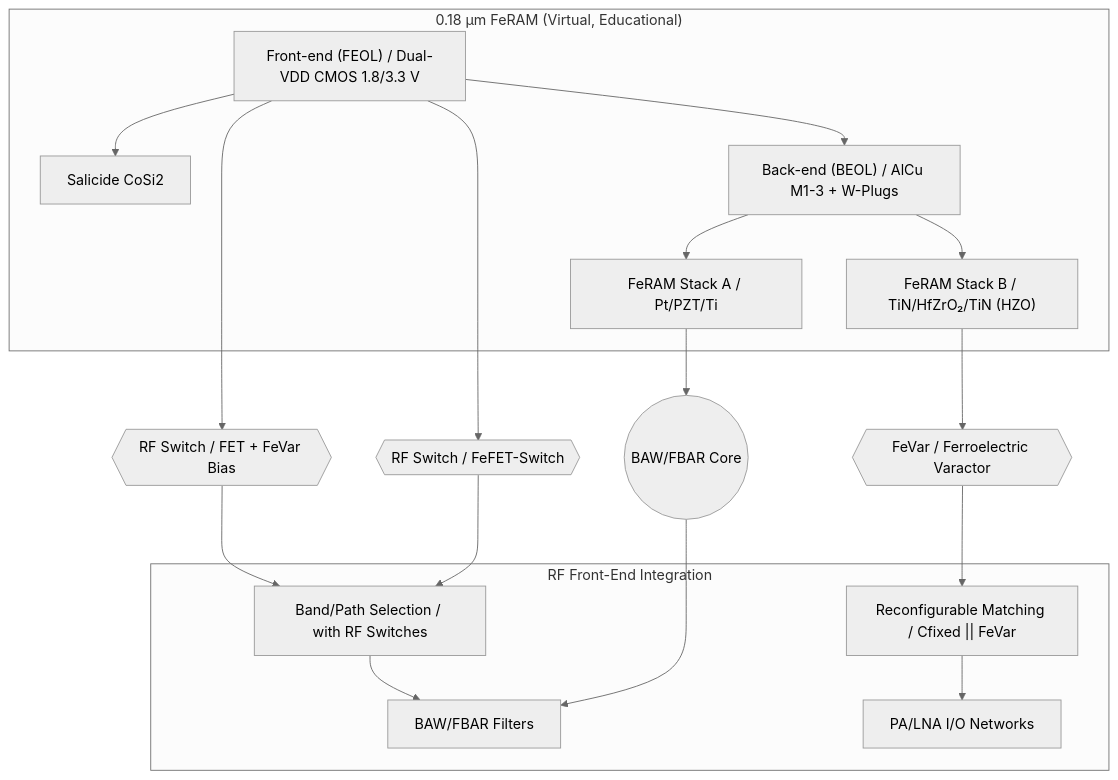
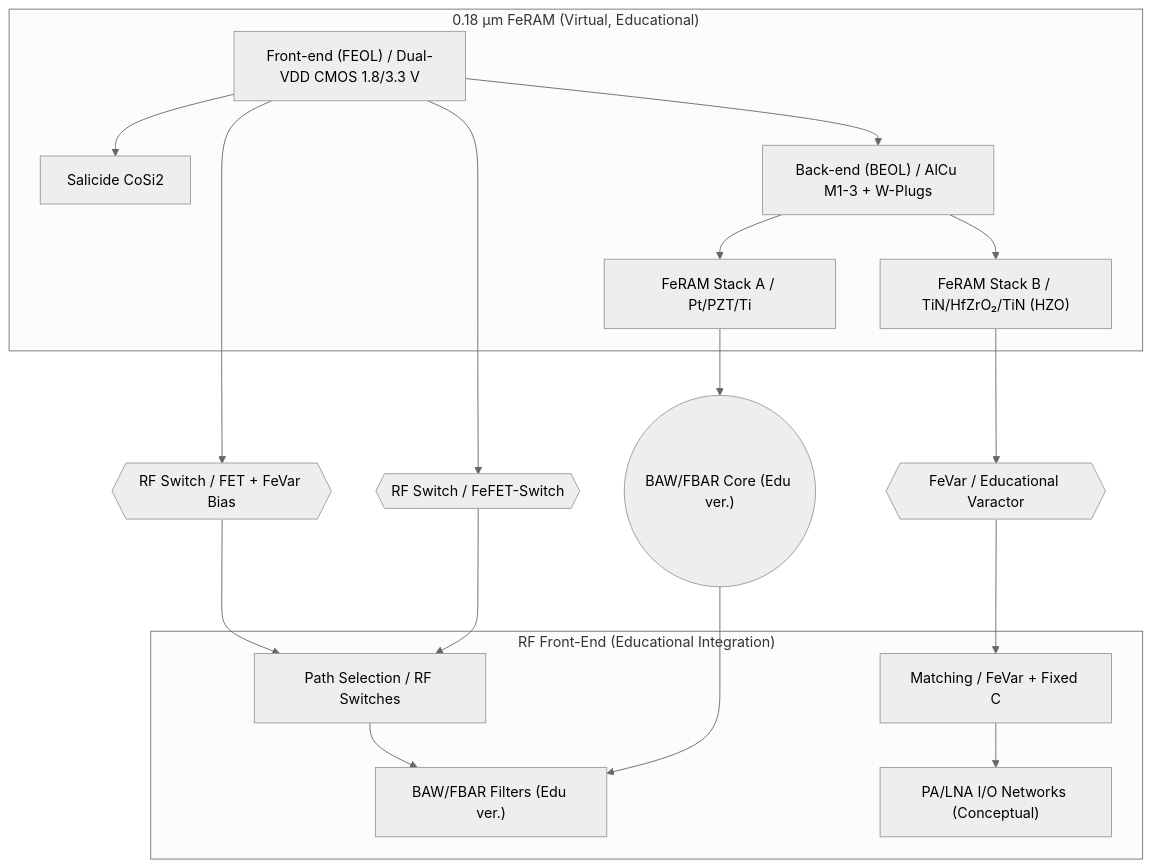
Before and after one commit to Samizo-AITL/Edusemi-Plus: the first of 2 diagrams in applied-devices/rf-devices/proposal.md, drawn with Mermaid (neutral theme). The commit also changed other lines of this file, not shown here.

````diff
--- a/applied-devices/rf-devices/proposal.md
+++ b/applied-devices/rf-devices/proposal.md
@@ -36,28 +39,28 @@
 ```mermaid
 flowchart TB
   subgraph FE["0.18 µm FeRAM (Virtual, Educational)"]
     GATE["Front-end (FEOL) / Dual-VDD CMOS 1.8/3.3 V"] --> SALI["Salicide CoSi2"]
     BEOL["Back-end (BEOL) / AlCu M1-3 + W-Plugs"]
     CAP1["FeRAM Stack A / Pt/PZT/Ti"]
     CAP2["FeRAM Stack B / TiN/HfZrO₂/TiN (HZO)"]
     GATE --> BEOL --> CAP1
     BEOL --> CAP2
   end
 
-  CAP2 --> FeVar{{"FeVar / Ferroelectric Varactor"}}
+  CAP2 --> FeVar{{"FeVar / Educational Varactor"}}
   GATE --> RFSW1{{"RF Switch / FET + FeVar Bias"}}
   GATE --> RFSW2{{"RF Switch / FeFET-Switch"}}
-  CAP1 --> BAW(("BAW/FBAR Core"))
+  CAP1 --> BAW(("BAW/FBAR Core (Edu ver.)"))
 
-  subgraph RF["RF Front-End Integration"]
-    MATCH["Reconfigurable Matching / Cfixed || FeVar"]
-    PATHSEL["Band/Path Selection / with RF Switches"]
-    FILTER["BAW/FBAR Filters"]
-    LNA["PA/LNA I/O Networks"]
+  subgraph RF["RF Front-End (Educational Integration)"]
+    MATCH["Matching / FeVar + Fixed C"]
+    PATHSEL["Path Selection / RF Switches"]
+    FILTER["BAW/FBAR Filters (Edu ver.)"]
+    LNA["PA/LNA I/O Networks (Conceptual)"]
   end
 
   FeVar --> MATCH --> LNA
   RFSW1 --> PATHSEL --> FILTER
   RFSW2 --> PATHSEL
   BAW --> FILTER
 ```
````
